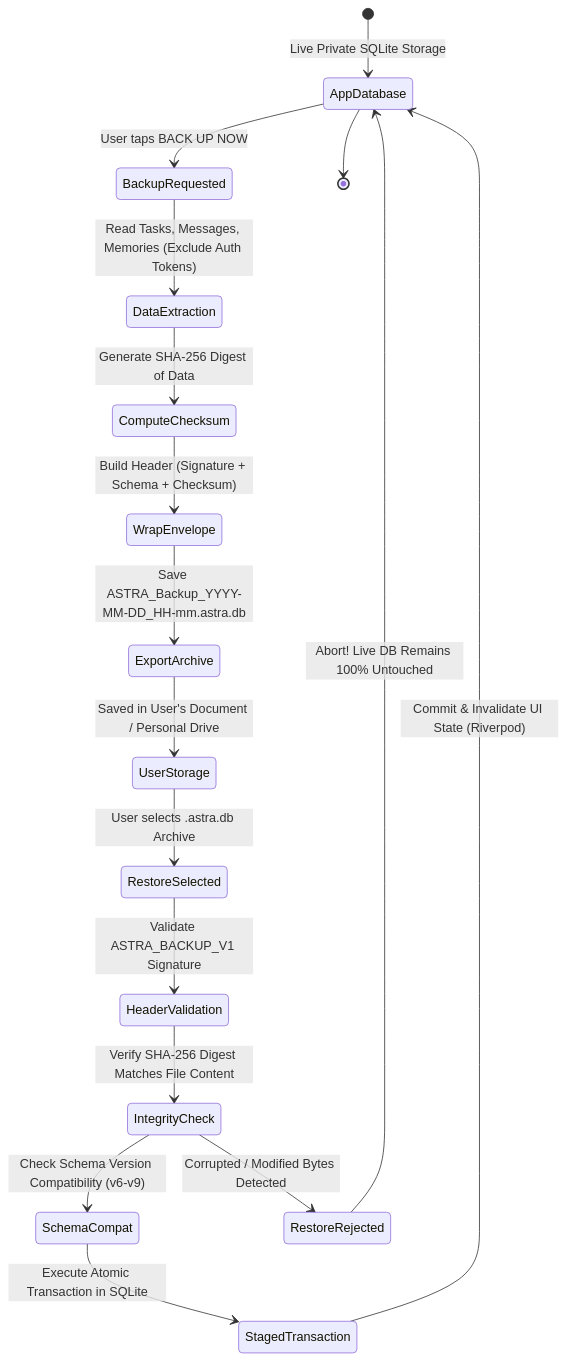
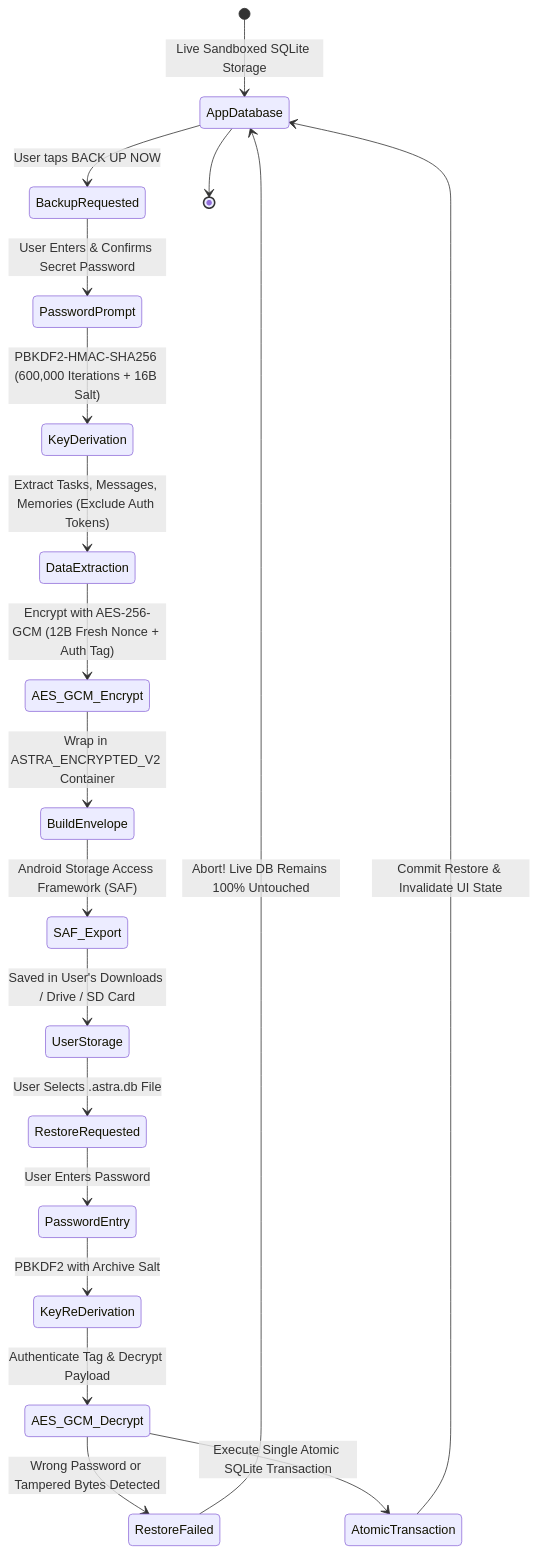
One commit to manojsai7/Astra-Ai-Tasks-manager-APK changed the third of 4 diagrams in README.md. Above: the diagram before and after it, drawn with Mermaid. The commit also changed other lines of this file, not shown here.

````diff
--- a/README.md
+++ b/README.md
@@ -283,23 +291,24 @@
 ```mermaid
 stateDiagram-v2
-    [*] --> AppDatabase: Live Private SQLite Storage
+    [*] --> AppDatabase: Live Sandboxed SQLite Storage
 
     AppDatabase --> BackupRequested: User taps BACK UP NOW
-    BackupRequested --> DataExtraction: Read Tasks, Messages, Memories (Exclude Auth Tokens)
-    DataExtraction --> ComputeChecksum: Generate SHA-256 Digest of Data
-    ComputeChecksum --> WrapEnvelope: Build Header (Signature + Schema + Checksum)
-    WrapEnvelope --> ExportArchive: Save ASTRA_Backup_YYYY-MM-DD_HH-mm.astra.db
+    BackupRequested --> PasswordPrompt: User Enters & Confirms Secret Password
+    PasswordPrompt --> KeyDerivation: PBKDF2-HMAC-SHA256 (600,000 Iterations + 16B Salt)
+    KeyDerivation --> DataExtraction: Extract Tasks, Messages, Memories (Exclude Auth Tokens)
+    DataExtraction --> AES_GCM_Encrypt: Encrypt with AES-256-GCM (12B Fresh Nonce + Auth Tag)
+    AES_GCM_Encrypt --> BuildEnvelope: Wrap in ASTRA_ENCRYPTED_V2 Container
+    BuildEnvelope --> SAF_Export: Android Storage Access Framework (SAF)
+    SAF_Export --> UserStorage: Saved in User's Downloads / Drive / SD Card
 
-    ExportArchive --> UserStorage: Saved in User's Document / Personal Drive
+    UserStorage --> RestoreRequested: User Selects .astra.db File
+    RestoreRequested --> PasswordEntry: User Enters Password
+    PasswordEntry --> KeyReDerivation: PBKDF2 with Archive Salt
+    KeyReDerivation --> AES_GCM_Decrypt: Authenticate Tag & Decrypt Payload
+    AES_GCM_Decrypt --> RestoreFailed: Wrong Password or Tampered Bytes Detected
+    RestoreFailed --> AppDatabase: Abort! Live DB Remains 100% Untouched
 
-    UserStorage --> RestoreSelected: User selects .astra.db Archive
-    RestoreSelected --> HeaderValidation: Validate ASTRA_BACKUP_V1 Signature
-    HeaderValidation --> IntegrityCheck: Verify SHA-256 Digest Matches File Content
-    IntegrityCheck --> SchemaCompat: Check Schema Version Compatibility (v6-v9)
-    IntegrityCheck --> RestoreRejected: Corrupted / Modified Bytes Detected
-
-    SchemaCompat --> StagedTransaction: Execute Atomic Transaction in SQLite
-    StagedTransaction --> AppDatabase: Commit & Invalidate UI State (Riverpod)
-    RestoreRejected --> AppDatabase: Abort! Live DB Remains 100% Untouched
+    AES_GCM_Decrypt --> AtomicTransaction: Execute Single Atomic SQLite Transaction
+    AtomicTransaction --> AppDatabase: Commit Restore & Invalidate UI State
     AppDatabase --> [*]
 ```
````
